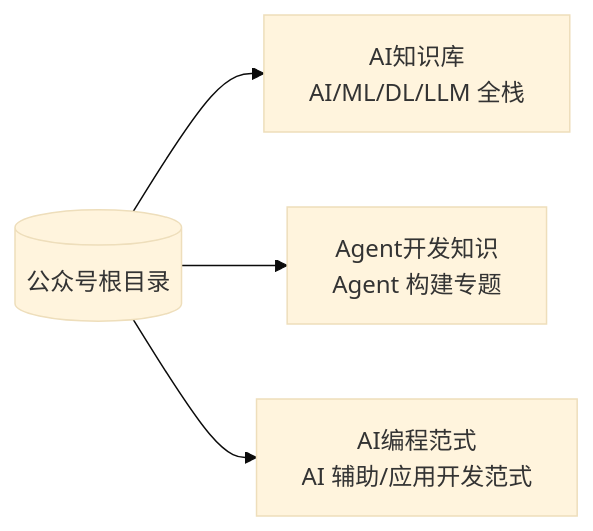
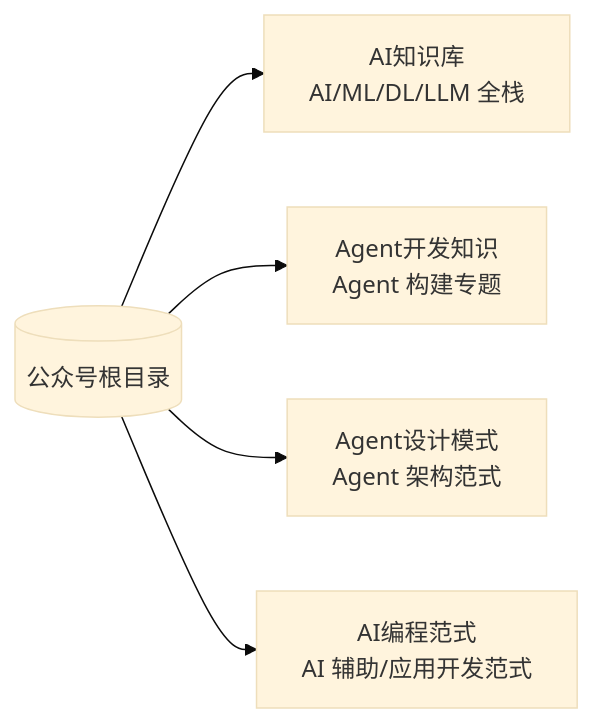
Before and after one commit to tclxtommy-hu/tclxtommy-hu.github.io: the diagram in posts/AI/README.md, drawn with Mermaid (base theme). The commit also changed other lines of this file and 16 other files, not shown here.

````diff
--- a/posts/AI/README.md
+++ b/posts/AI/README.md
@@ -11,7 +11,8 @@
 ```mermaid
 flowchart LR
     R[(公众号根目录)]
     R --> A[AI知识库<br/>AI/ML/DL/LLM 全栈]
     R --> B[Agent开发知识<br/>Agent 构建专题]
-    R --> C[AI编程范式<br/>AI 辅助/应用开发范式]
+    R --> C[Agent设计模式<br/>Agent 架构范式]
+    R --> D[AI编程范式<br/>AI 辅助/应用开发范式]
 ```
````
